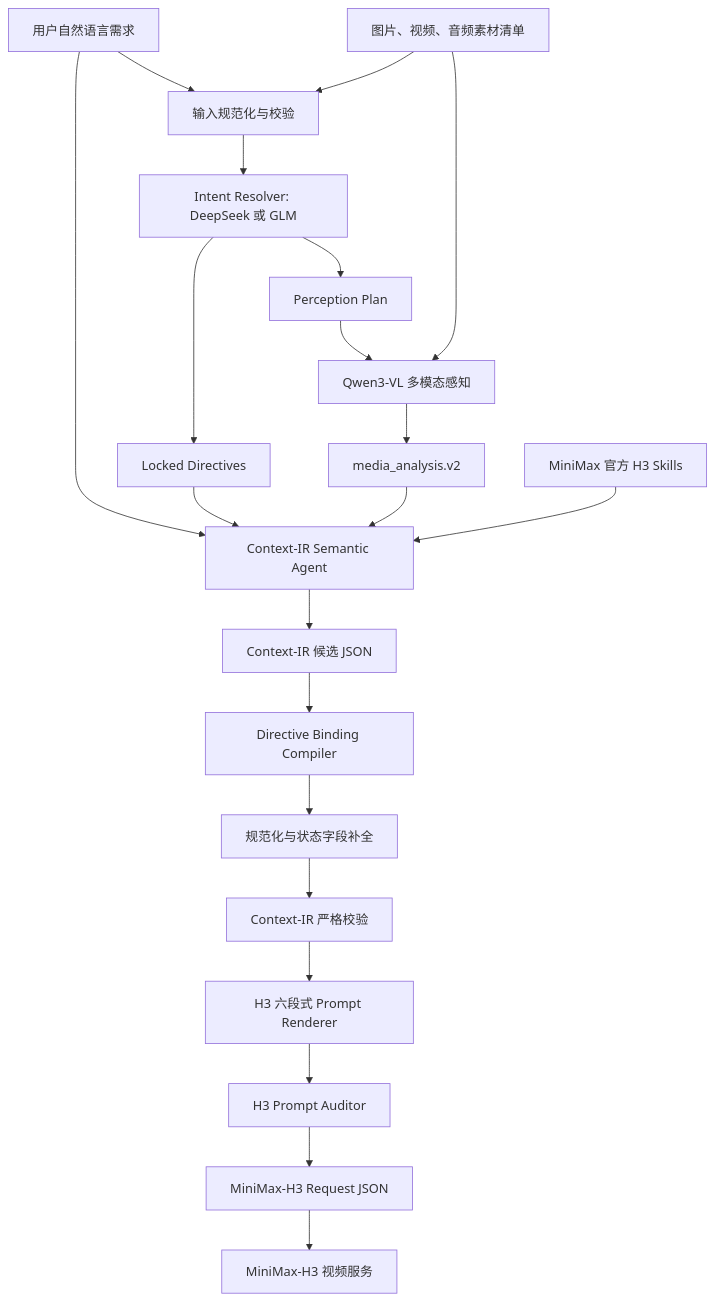
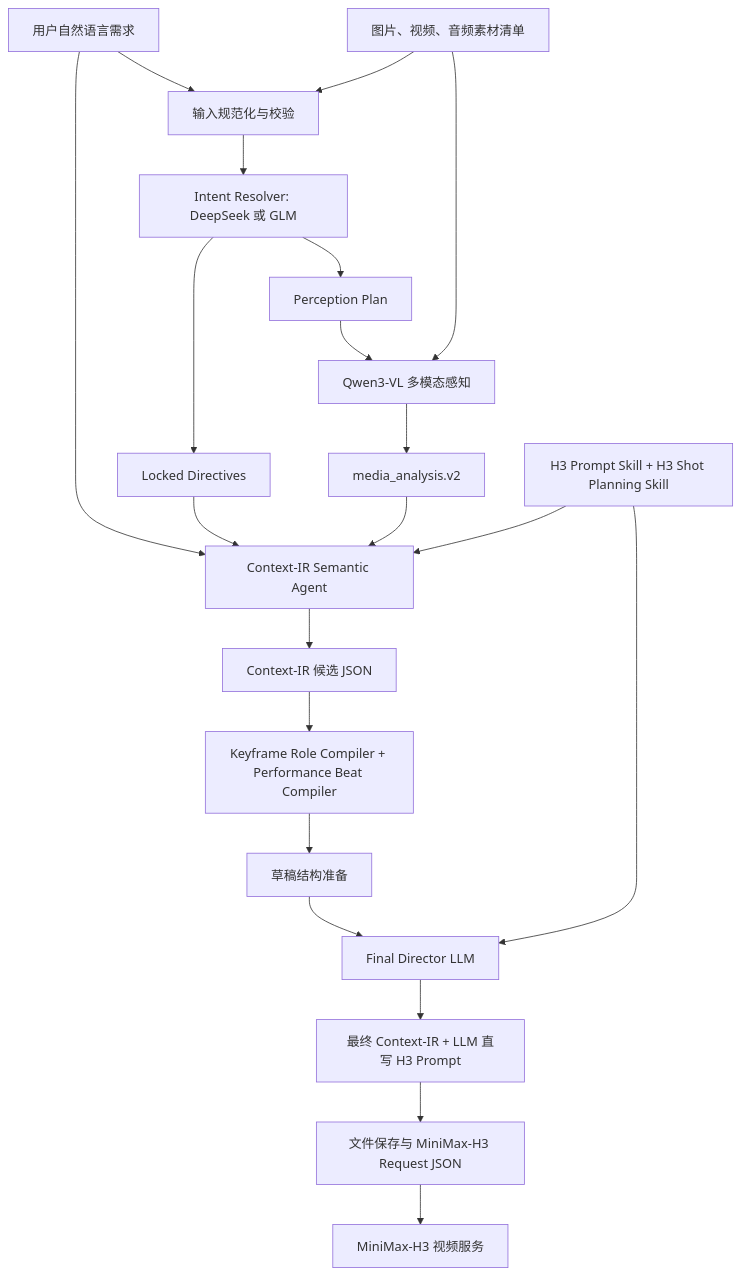
The diagram in docs/CURRENT_CONTEXT_IR_WORKFLOW.md (XINGSHEN2/minimax-H3-context-IR), drawn with Mermaid before and after one commit. The commit also changed other lines of this file and 97 other files, not shown here.

````diff
--- a/docs/CURRENT_CONTEXT_IR_WORKFLOW.md
+++ b/docs/CURRENT_CONTEXT_IR_WORKFLOW.md
@@ -18,23 +19,23 @@
 ```mermaid
 flowchart TD
     A[用户自然语言需求] --> B[输入规范化与校验]
     M[图片、视频、音频素材清单] --> B
     B --> C[Intent Resolver: DeepSeek 或 GLM]
     C --> D[Locked Directives]
     C --> E[Perception Plan]
     E --> F[Qwen3-VL 多模态感知]
     M --> F
     F --> G[media_analysis.v2]
     A --> H[Context-IR Semantic Agent]
     D --> H
     G --> H
-    S[MiniMax 官方 H3 Skills] --> H
+    S[H3 Prompt Skill + H3 Shot Planning Skill] --> H
     H --> I[Context-IR 候选 JSON]
-    I --> J[Directive Binding Compiler]
-    J --> K[规范化与状态字段补全]
-    K --> L[Context-IR 严格校验]
-    L --> N[H3 六段式 Prompt Renderer]
-    N --> O[H3 Prompt Auditor]
-    O --> P[MiniMax-H3 Request JSON]
+    I --> R[Keyframe Role Compiler + Performance Beat Compiler]
+    R --> J[草稿结构准备]
+    J --> K[Final Director LLM]
+    S --> K
+    K --> N[最终 Context-IR + LLM 直写 H3 Prompt]
+    N --> P[文件保存与 MiniMax-H3 Request JSON]
     P --> Q[MiniMax-H3 视频服务]
 ```
````
